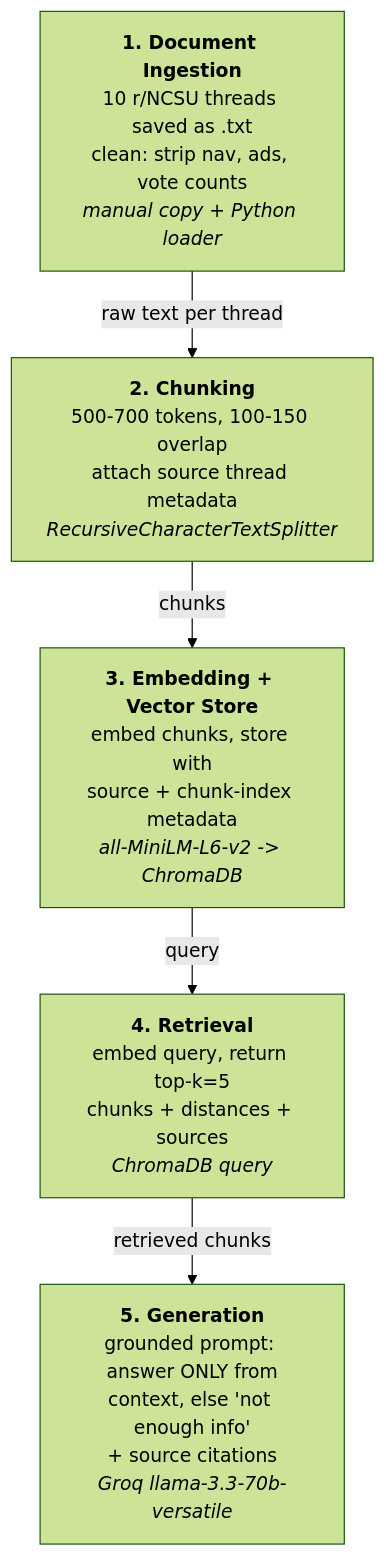
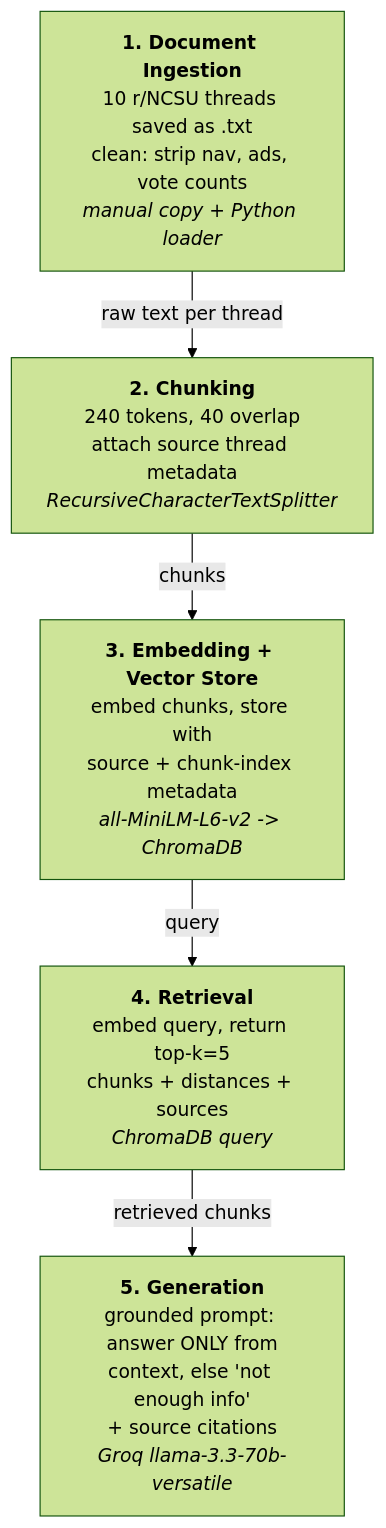
The diagram in planning.md (AhmedOHassan/ai201-project1-unofficial-guide-starter), drawn with Mermaid (forest theme) before and after one commit. The commit also changed other lines of this file and 14 other files, not shown here.

````diff
--- a/planning.md
+++ b/planning.md
@@ -87,13 +89,13 @@
 ```mermaid
 flowchart TD
     A["<b>1. Document Ingestion</b><br/>10 r/NCSU threads saved as .txt<br/>clean: strip nav, ads, vote counts<br/><i>manual copy + Python loader</i>"]
-    B["<b>2. Chunking</b><br/>500-700 tokens, 100-150 overlap<br/>attach source thread metadata<br/><i>RecursiveCharacterTextSplitter</i>"]
+    B["<b>2. Chunking</b><br/>240 tokens, 40 overlap<br/>attach source thread metadata<br/><i>RecursiveCharacterTextSplitter</i>"]
     C["<b>3. Embedding + Vector Store</b><br/>embed chunks, store with<br/>source + chunk-index metadata<br/><i>all-MiniLM-L6-v2 -> ChromaDB</i>"]
     D["<b>4. Retrieval</b><br/>embed query, return top-k=5<br/>chunks + distances + sources<br/><i>ChromaDB query</i>"]
     E["<b>5. Generation</b><br/>grounded prompt: answer ONLY from<br/>context, else 'not enough info'<br/>+ source citations<br/><i>Groq llama-3.3-70b-versatile</i>"]
 
     A -->|"raw text per thread"| B
     B -->|"chunks"| C
     C -->|"query"| D
     D -->|"retrieved chunks"| E
 ```
````
